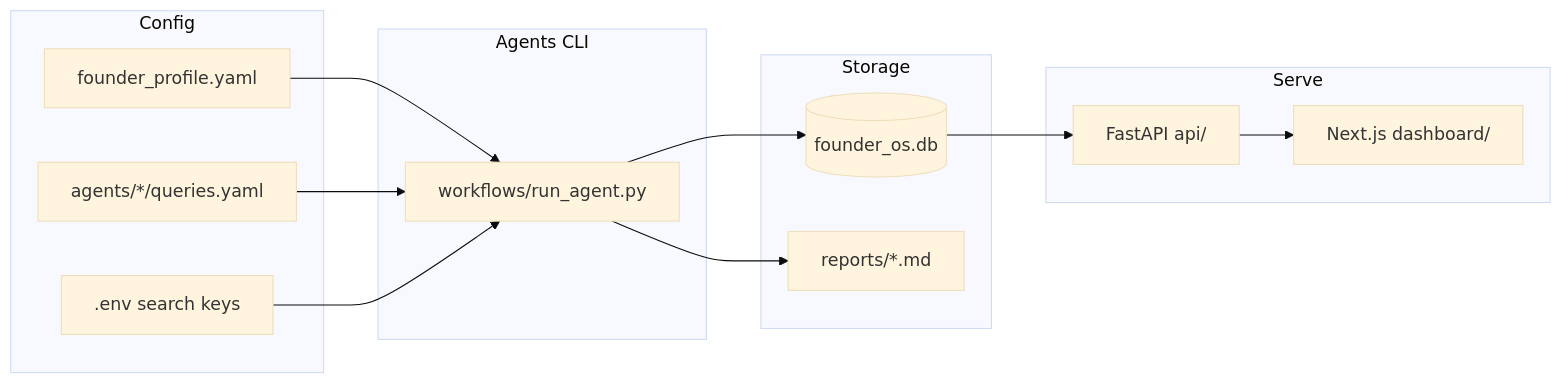
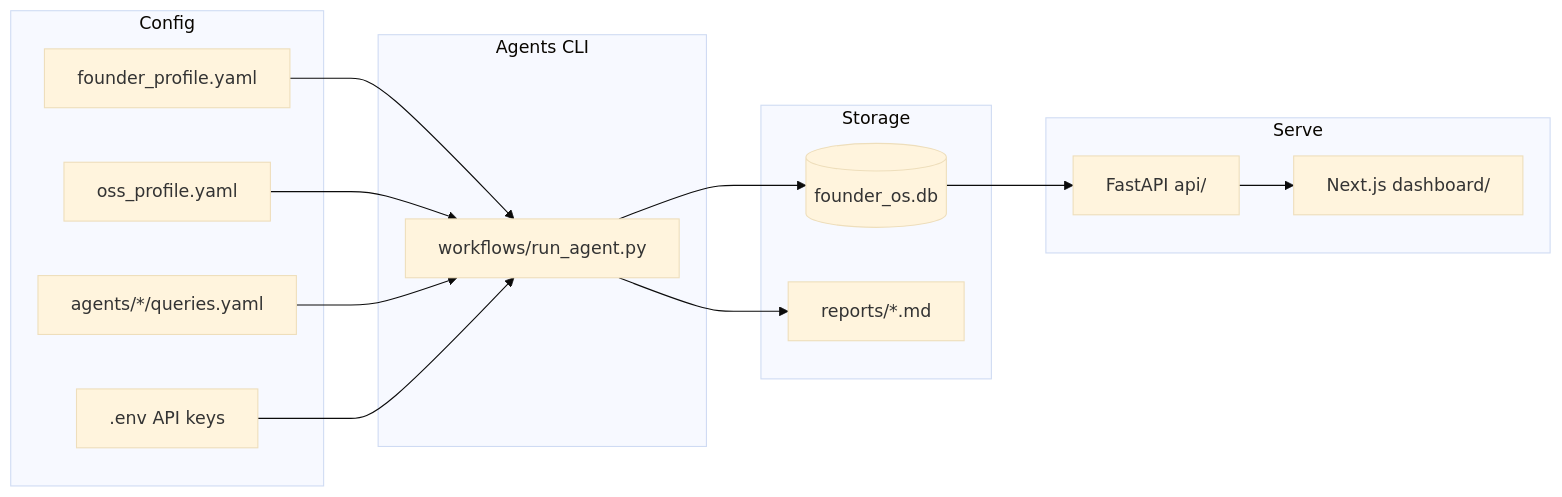
One commit to rebeccachery/founder-os changed the diagram in README.md. Above: the diagram before and after it, drawn with Mermaid (base theme). The commit also changed other lines of this file, not shown here.

````diff
--- a/README.md
+++ b/README.md
@@ -7,30 +7,32 @@
 ```mermaid
 flowchart LR
   subgraph config [Config]
     Profile[founder_profile.yaml]
+    OssProfile[oss_profile.yaml]
     Queries[agents/*/queries.yaml]
-    Env[.env search keys]
+    Env[.env API keys]
   end
 
   subgraph agents [Agents CLI]
     RunAgent[workflows/run_agent.py]
   end
 
   subgraph storage [Storage]
     SQLite[(founder_os.db)]
     Reports[reports/*.md]
   end
 
   subgraph serve [Serve]
     API[FastAPI api/]
     UI[Next.js dashboard/]
   end
 
   Profile --> RunAgent
+  OssProfile --> RunAgent
   Queries --> RunAgent
   Env --> RunAgent
   RunAgent --> SQLite
   RunAgent --> Reports
   SQLite --> API
   API --> UI
 ```
````
